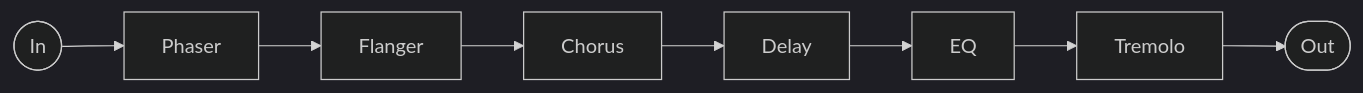
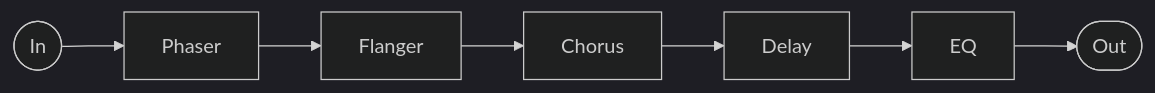
Before and after one commit to sheoak/zoia-patchstorage: the diagram in patches/the-world/README.md, drawn with Mermaid (dark theme). The commit also changed other lines of this file and 3 other files, not shown here.

````diff
--- a/patches/the-world/README.md
+++ b/patches/the-world/README.md
@@ -45,4 +44,4 @@
 ```mermaid
 flowchart LR
-    IN([In]) --> PH[Phaser] --> FL[Flanger] --> CH[Chorus] --> DL[Delay] --> EQ[EQ] --> TR[Tremolo] --> OUT([Out])
+    IN([In]) --> PH[Phaser] --> FL[Flanger] --> CH[Chorus] --> DL[Delay] --> EQ[EQ] --> OUT([Out])
 ```
````
